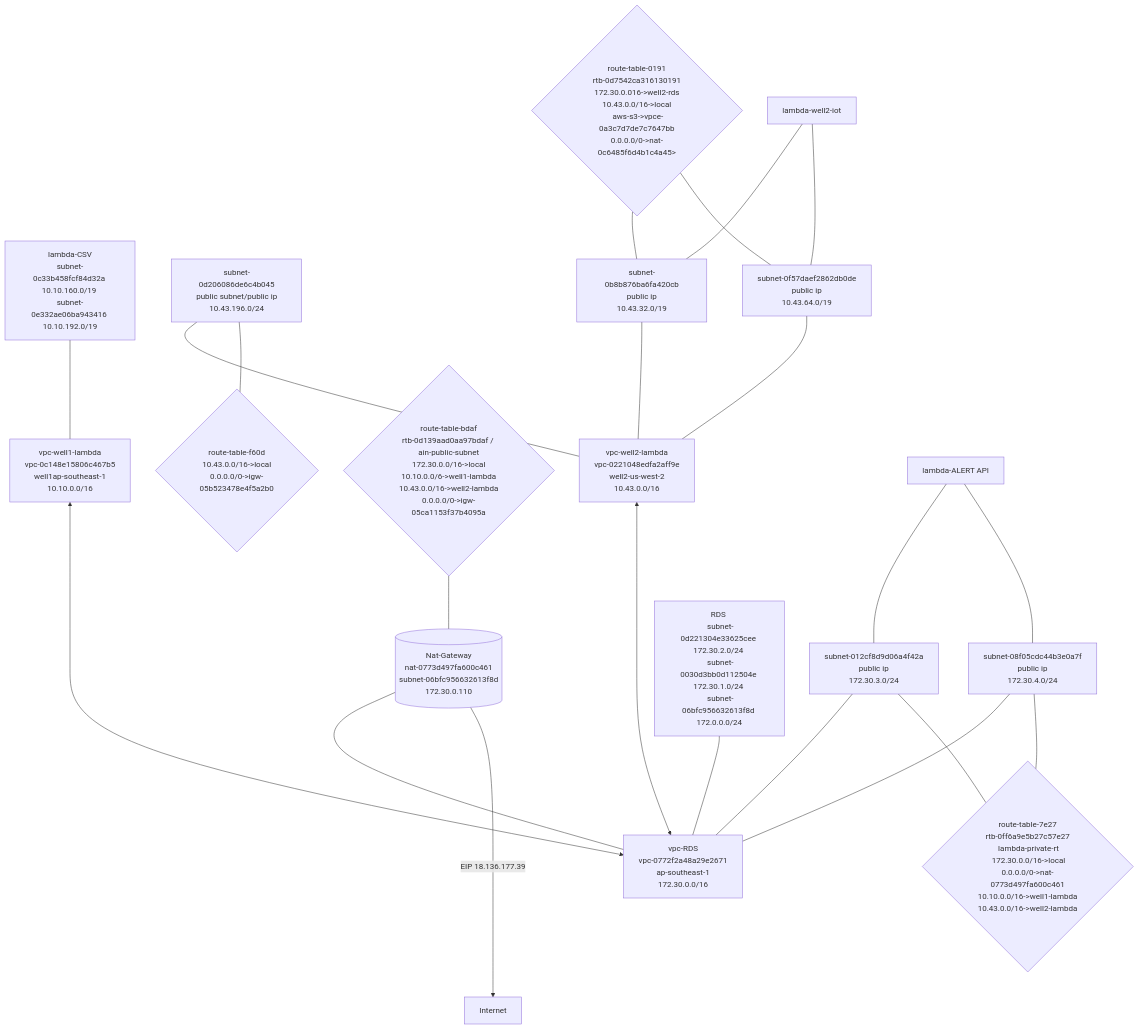
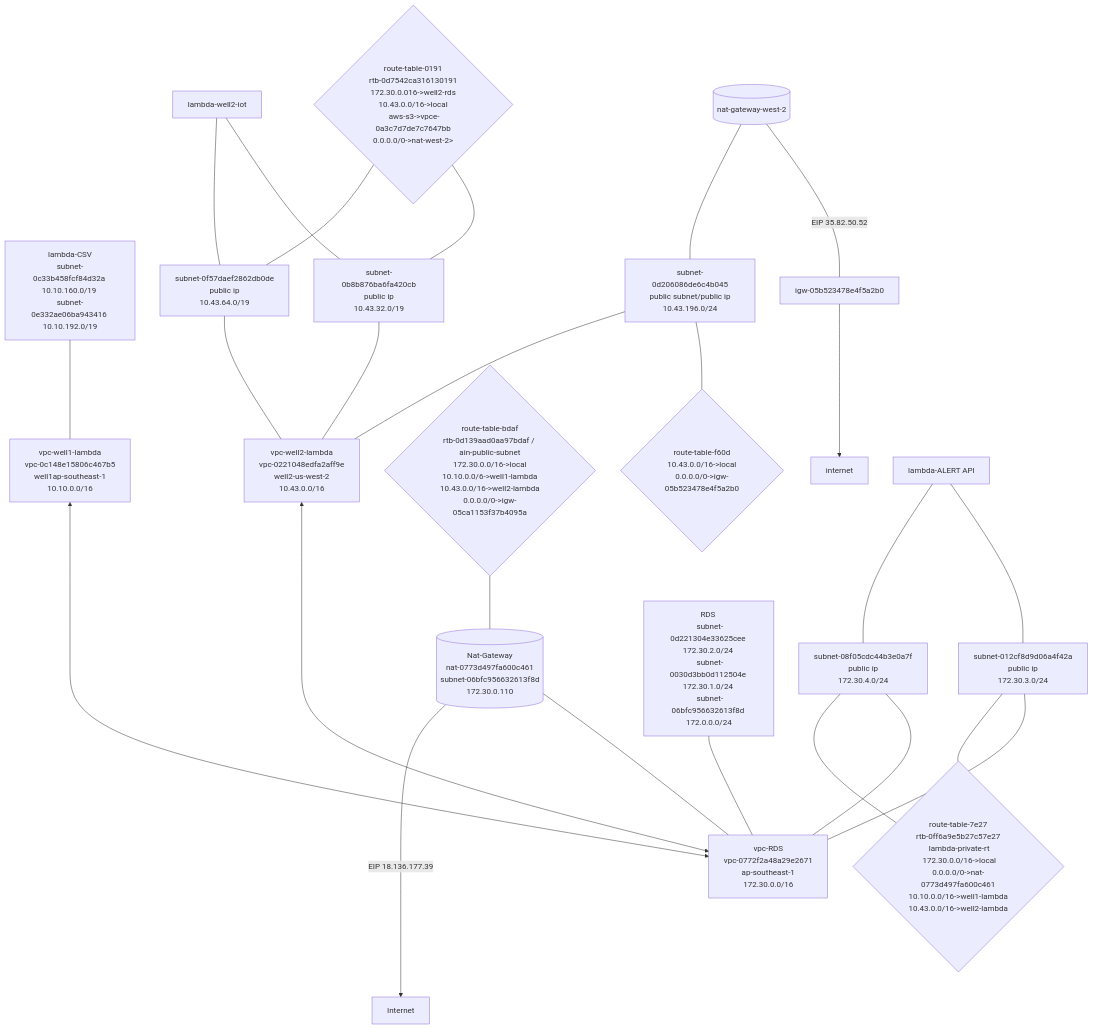
One commit to dumplingbao/marvinwu changed the first of 2 diagrams in tils/VPC connection.md. Above: the diagram before and after it, drawn with Mermaid. The commit also changed 2 other files, not shown here.

Commit message:
Latest data: Thu Jul  8 03:28:46 UTC 2021

````diff
--- a/tils/VPC connection.md
+++ b/tils/VPC connection.md
@@ -12,55 +12,62 @@
 ```mermaid
 flowchart TD
 
 vpc-well2-lambda[vpc-well2-lambda<br/>vpc-0221048edfa2aff9e<br/> well2-us-west-2 <br/> 10.43.0.0/16 ] 
 vpc-rds[vpc-RDS<br/>vpc-0772f2a48a29e2671<br/>  ap-southeast-1 <br/> 172.30.0.0/16]
 vpc-well1-lambda[vpc-well1-lambda<br/>vpc-0c148e15806c467b5<br/> well1ap-southeast-1 <br/> 10.10.0.0/16 ] 
 lambda-well1-csv[lambda-CSV<br/>subnet-0c33b458fcf84d32a 10.10.160.0/19 <br/>subnet-0e332ae06ba943416 10.10.192.0/19] 
 nat-gateway-testing[(Nat-Gateway<br/>nat-0773d497fa600c461<br/>subnet-06bfc956632613f8d<br/>172.30.0.110)]
 
+nat-gateway-west-2[(nat-gateway-west-2)]
+
+
 route-table-bdaf{route-table-bdaf<br/>rtb-0d139aad0aa97bdaf / ain-public-subnet<br/>172.30.0.0/16->local<br/>10.10.0.0/6->well1-lambda<br/>10.43.0.0/16->well2-lambda<br/>0.0.0.0/0->igw-05ca1153f37b4095a}
 
 route-table-7e27{route-table-7e27<br/>rtb-0ff6a9e5b27c57e27<br/> lambda-private-rt<br/> 172.30.0.0/16->local<br/>0.0.0.0/0->nat-0773d497fa600c461<br/>10.10.0.0/16->well1-lambda<br/>10.43.0.0/16->well2-lambda}
 
-route-table-0191{route-table-0191<br/>rtb-0d7542ca316130191<br/>172.30.0.016->well2-rds<br/>10.43.0.0/16->local<br/> aws-s3->vpce-0a3c7d7de7c7647bb<br/>0.0.0.0/0->nat-0c6485f6d4b1c4a45>}
+route-table-0191{route-table-0191<br/>rtb-0d7542ca316130191<br/>172.30.0.016->well2-rds<br/>10.43.0.0/16->local<br/> aws-s3->vpce-0a3c7d7de7c7647bb<br/>0.0.0.0/0->nat-west-2>}
 
 route-table-f60d{route-table-f60d<br/>10.43.0.0/16->local<br/>0.0.0.0/0->igw-05b523478e4f5a2b0}
 
 subnet-b045[subnet-0d206086de6c4b045<br/> public subnet/public ip <br/>10.43.196.0/24]
 
 
 subnet-20cb[subnet-0b8b876ba6fa420cb<br/> public ip <br/>10.43.32.0/19]
 subnet-b0de[subnet-0f57daef2862db0de<br/> public ip <br/>10.43.64.0/19]
 
 subnet-f42a[subnet-012cf8d9d06a4f42a<br/>public ip<br/> 172.30.3.0/24]
 subnet-0a7f[subnet-08f05cdc44b3e0a7f<br/>public ip <br/> 172.30.4.0/24]
 
 RDS[RDS <br/> subnet-0d221304e33625cee 172.30.2.0/24 <br/> subnet-0030d3bb0d112504e 172.30.1.0/24 <br/> subnet-06bfc956632613f8d 172.0.0.0/24] 
 
-subnet-b045---vpc-well2-lambda
+nat-gateway-west-2---|EIP 35.82.50.52|igw-05b523478e4f5a2b0
+igw-05b523478e4f5a2b0-->internet
+
 
 subnet-b045---route-table-f60d
+nat-gateway-west-2---subnet-b045
 
+subnet-b045---vpc-well2-lambda
 
 route-table-0191---subnet-20cb
 route-table-0191---subnet-b0de
 
 vpc-well1-lambda<---> vpc-rds
 lambda-well1-csv---vpc-well1-lambda 
 route-table-bdaf---nat-gateway-testing
 nat-gateway-testing---vpc-rds
 nat-gateway-testing--->|EIP 18.136.177.39|Internet
 RDS--- vpc-rds 
 alert-api[lambda-ALERT API] ---subnet-f42a
 alert-api ---subnet-0a7f
 subnet-20cb---vpc-well2-lambda
 vpc-well2-lambda<---> vpc-rds
 lambda-well2-iot ---subnet-20cb
 lambda-well2-iot ---subnet-b0de
 subnet-b0de---vpc-well2-lambda
 subnet-f42a---vpc-rds 
 subnet-0a7f---vpc-rds 
 
 subnet-f42a---route-table-7e27
 subnet-0a7f---route-table-7e27
 ```
````
